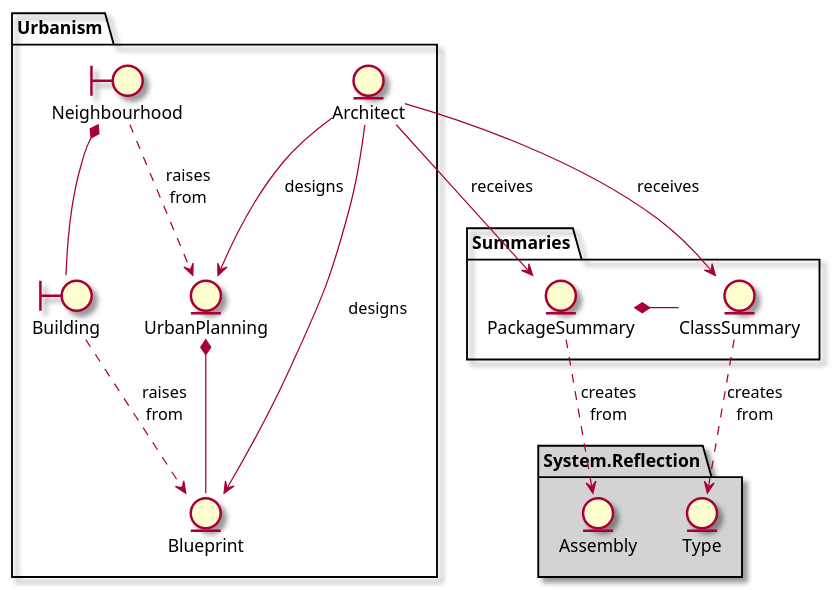
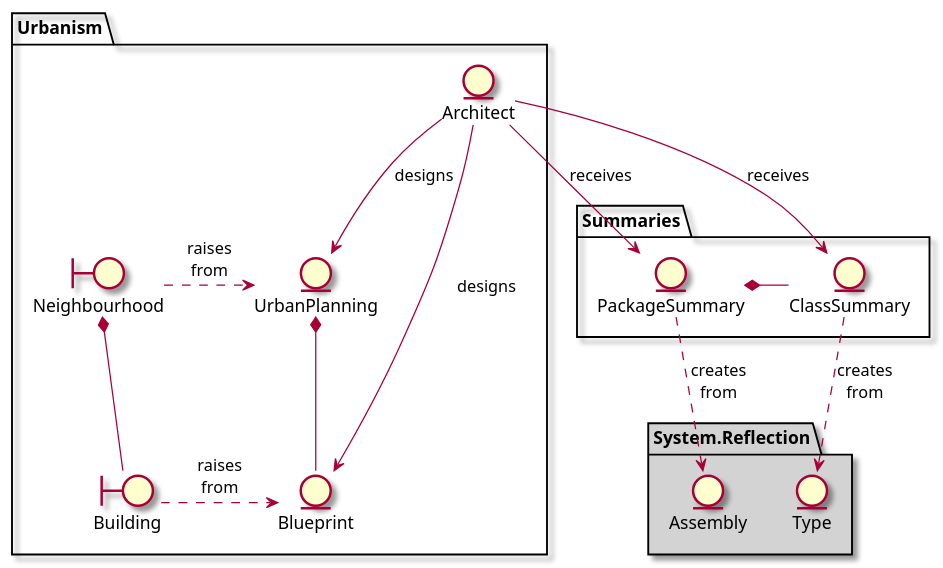
One commit to RicardoGuzmanVelasco/Softown changed the diagram in Assets/Softown/Documentation~/Progressive_Analysis.puml. Above: the diagram before and after it, drawn with PlantUML.

Commit message:
docs: include reflection in analysis diagram
No consigo hacer squash del commit anterior que ya está pusheado así que duplico títulos.

```diff
--- a/Assets/Softown/Documentation~/Progressive_Analysis.puml
+++ b/Assets/Softown/Documentation~/Progressive_Analysis.puml
@@ -1,50 +1,50 @@
 @startuml
 skin rose
 
 
 package Urbanism{
     boundary Building
     'le pongo el as para poder cambiar fácilmente al nombre original (tb Building).
     entity "Blueprint" as Blueprint
     
-    Building ..> Blueprint : raises\nfrom
+    Building .r.> Blueprint : raises\nfrom
     
     entity Architect
     
     'le pongo el as para poder cambiar fácilmente al nombre original (Soil).
     boundary Neighbourhood as Neighborhood
     'le pongo el as para poder cambiar fácilmente al nombre original (tb Neighborhood).
     entity "UrbanPlanning" as UrbanPlanning
     
-    Neighborhood ..> UrbanPlanning : raises\nfrom
+    Neighborhood .r.> UrbanPlanning : raises\nfrom
     
     Neighborhood *-- Building
     UrbanPlanning *-- Blueprint
 }
 
 package Summaries{
     'le pongo el as para poder cambiar fácilmente al nombre original (Class a secas).
     entity "ClassSummary" as ClassSummary
     entity PackageSummary
     entity ModuleSummary <<unused>>
     remove ModuleSummary
     
     PackageSummary *-r- ClassSummary
 }
 
 'esta se queda al principio pero luego se acaba yendo con la de PackageSummary.
 Architect --> ClassSummary : receives
 Architect --> PackageSummary : receives
 
 'esta se queda al principio pero luego se acaba yendo con la de UrbanPlanning.
 Architect --> Blueprint : designs
 Architect --> UrbanPlanning : designs
 
 package System.Reflection #lightgray{
     entity Type
     entity Assembly
 }
 
 ClassSummary ..> Type : creates\nfrom
 PackageSummary ..> Assembly : creates\nfrom
 @enduml
```
